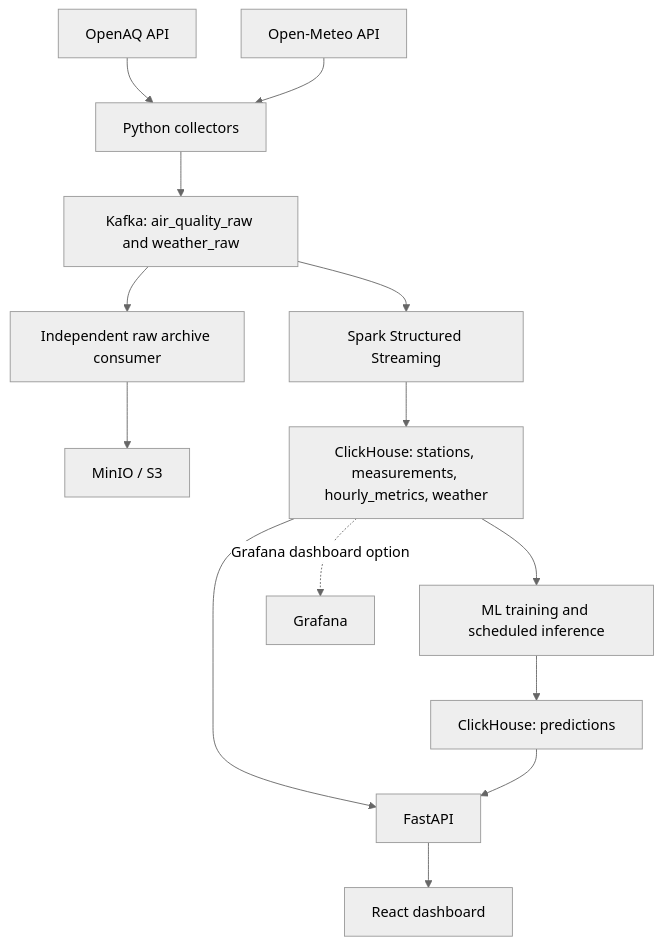
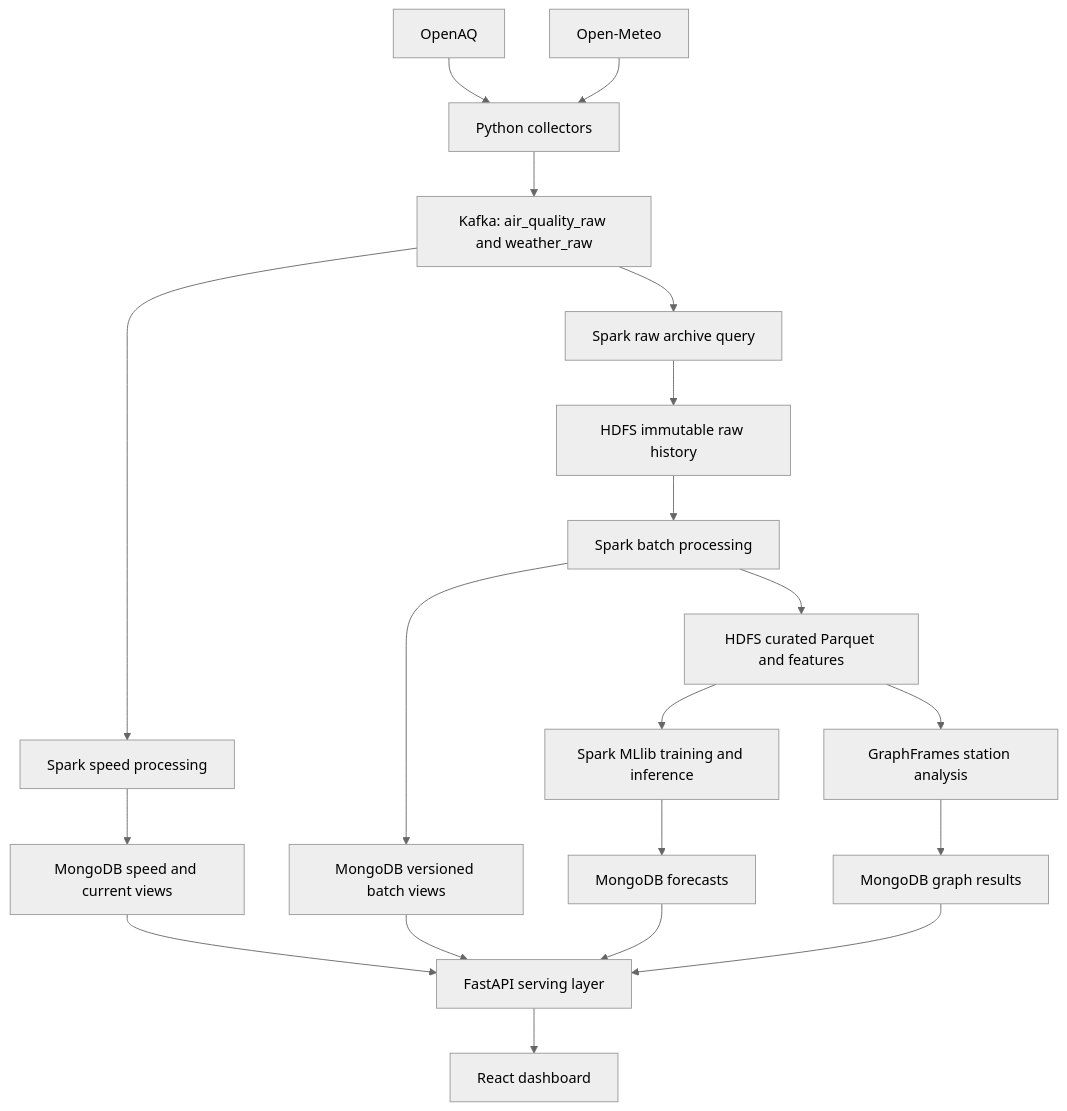
One commit to huyng26/IT4043E_Project changed the diagram in docs/architecture.md. Above: the diagram before and after it, drawn with Mermaid (neutral theme). The commit also changed other lines of this file and 10 other files, not shown here.

````diff
--- a/docs/architecture.md
+++ b/docs/architecture.md
@@ -5,16 +15,22 @@
 ```mermaid
 flowchart TD
-    OA[OpenAQ API] --> COL[Python collectors]
-    OM[Open-Meteo API] --> COL
+    OA[OpenAQ] --> COL[Python collectors]
+    OM[Open-Meteo] --> COL
     COL --> K[Kafka: air_quality_raw and weather_raw]
-    K --> SP[Spark Structured Streaming]
-    K --> AR[Independent raw archive consumer]
-    AR --> RAW[MinIO / S3]
-    SP --> CH[ClickHouse: stations, measurements, hourly_metrics, weather]
-    CH --> ML[ML training and scheduled inference]
-    ML --> PRED[ClickHouse: predictions]
-    CH --> API[FastAPI]
+    K --> AR[Spark raw archive query]
+    AR --> H[HDFS immutable raw history]
+    K --> SP[Spark speed processing]
+    SP --> MV[MongoDB speed and current views]
+    H --> B[Spark batch processing]
+    B --> P[HDFS curated Parquet and features]
+    B --> BV[MongoDB versioned batch views]
+    P --> ML[Spark MLlib training and inference]
+    ML --> PRED[MongoDB forecasts]
+    P --> G[GraphFrames station analysis]
+    G --> GA[MongoDB graph results]
+    MV --> API[FastAPI serving layer]
+    BV --> API
     PRED --> API
+    GA --> API
     API --> UI[React dashboard]
-    CH -. Grafana dashboard option .-> G[Grafana]
 ```
````
